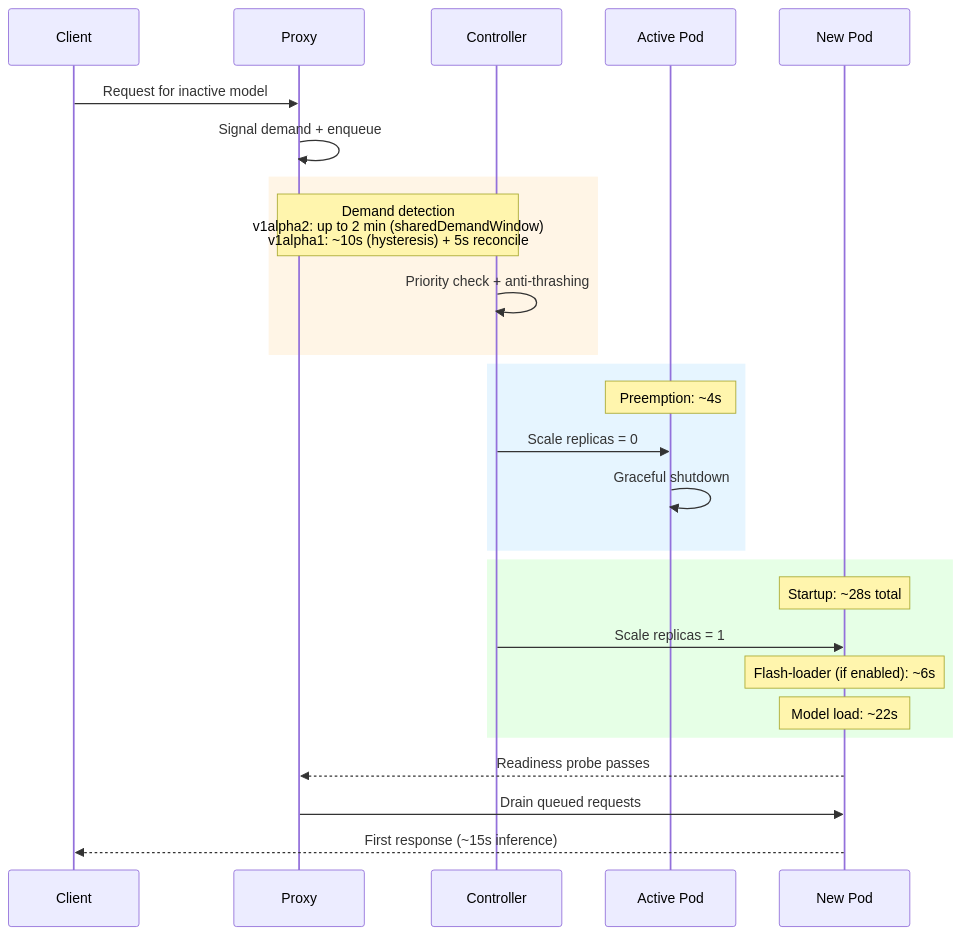
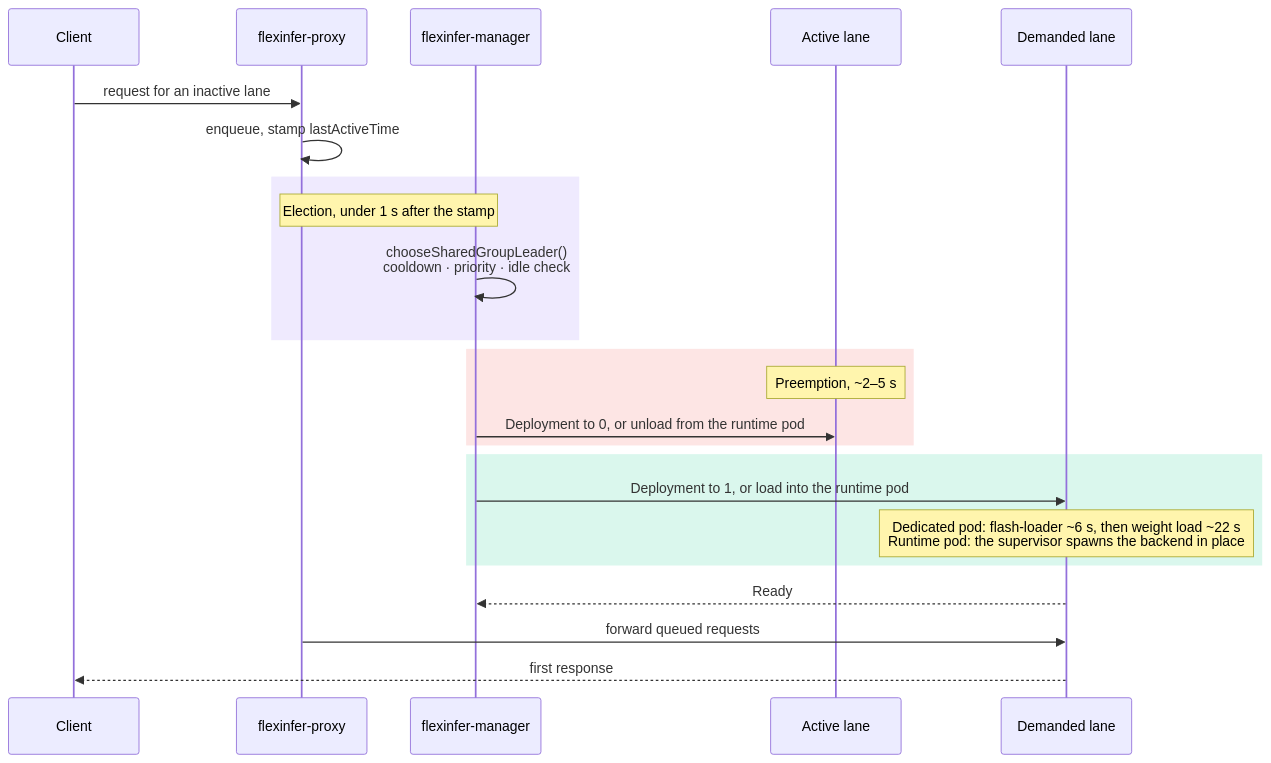
One commit to flexinfer/flexinfer changed the first of 2 diagrams in docs/user/gpu-sharing.md. Above: the diagram before and after it, drawn with Mermaid. The commit also changed other lines of this file and 7 other files, not shown here.

````diff
--- a/docs/user/gpu-sharing.md
+++ b/docs/user/gpu-sharing.md
@@ -122,33 +122,30 @@
 ```mermaid
 sequenceDiagram
     participant C as Client
-    participant P as Proxy
-    participant Ctrl as Controller
-    participant Old as Active Pod
-    participant New as New Pod
+    participant P as flexinfer-proxy
+    participant Ctrl as flexinfer-manager
+    participant Old as Active lane
+    participant New as Demanded lane
 
-    C->>P: Request for inactive model
-    P->>P: Signal demand + enqueue
+    C->>P: request for an inactive lane
+    P->>P: enqueue, stamp lastActiveTime
 
-    rect rgb(255, 245, 230)
-        Note over P,Ctrl: Demand detection<br/>v1alpha2: up to 2 min (sharedDemandWindow)<br/>v1alpha1: ~10s (hysteresis) + 5s reconcile
-        Ctrl->>Ctrl: Priority check + anti-thrashing
+    rect rgba(167, 139, 250, 0.18)
+        Note over P,Ctrl: Election, under 1 s after the stamp
+        Ctrl->>Ctrl: chooseSharedGroupLeader()<br/>cooldown · priority · idle check
     end
 
-    rect rgb(230, 245, 255)
-        Note over Old: Preemption: ~4s
-        Ctrl->>Old: Scale replicas = 0
-        Old->>Old: Graceful shutdown
+    rect rgba(240, 111, 107, 0.18)
+        Note over Old: Preemption, ~2–5 s
+        Ctrl->>Old: Deployment to 0, or unload from the runtime pod
     end
 
-    rect rgb(230, 255, 230)
-        Note over New: Startup: ~28s total
-        Ctrl->>New: Scale replicas = 1
-        Note over New: Flash-loader (if enabled): ~6s
-        Note over New: Model load: ~22s
+    rect rgba(52, 211, 153, 0.18)
+        Ctrl->>New: Deployment to 1, or load into the runtime pod
+        Note over New: Dedicated pod: flash-loader ~6 s, then weight load ~22 s<br/>Runtime pod: the supervisor spawns the backend in place
     end
 
-    New-->>P: Readiness probe passes
-    P->>New: Drain queued requests
-    New-->>C: First response (~15s inference)
+    New-->>Ctrl: Ready
+    P->>New: forward queued requests
+    New-->>C: first response
 ```
````
